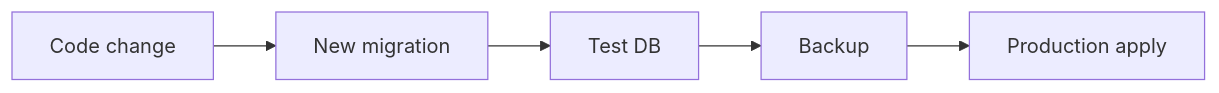
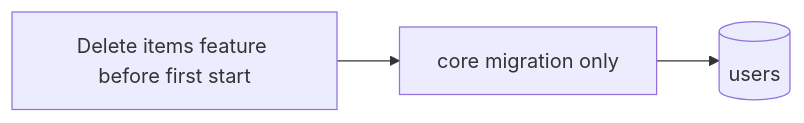
Before and after one commit to k-systems202208/python-sqlite-tailscale-webapp-template: the second of 3 diagrams in docs/SQLITE-SETUP.md, drawn with Mermaid. The commit also changed other lines of this file and 26 other files, not shown here.

````diff
--- a/docs/SQLITE-SETUP.md
+++ b/docs/SQLITE-SETUP.md
@@ -131,7 +51,5 @@
 ```mermaid
 flowchart LR
-    C["Code change"] --> M["New migration"]
-    M --> T["Test DB"]
-    T --> B["Backup"]
-    B --> P["Production apply"]
+    D["Delete items feature before first start"] --> C["core migration only"]
+    C --> U[("users")]
 ```
````
